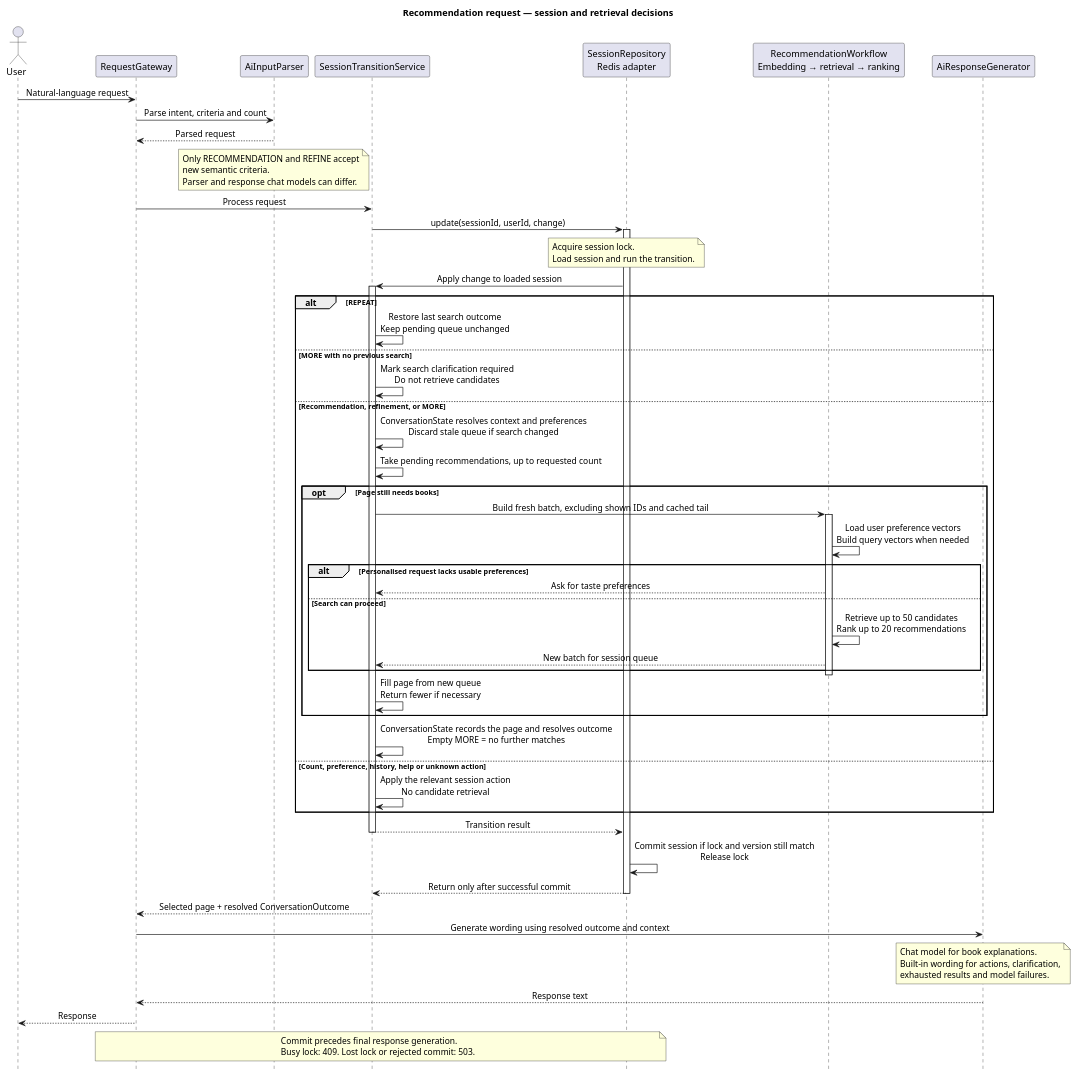
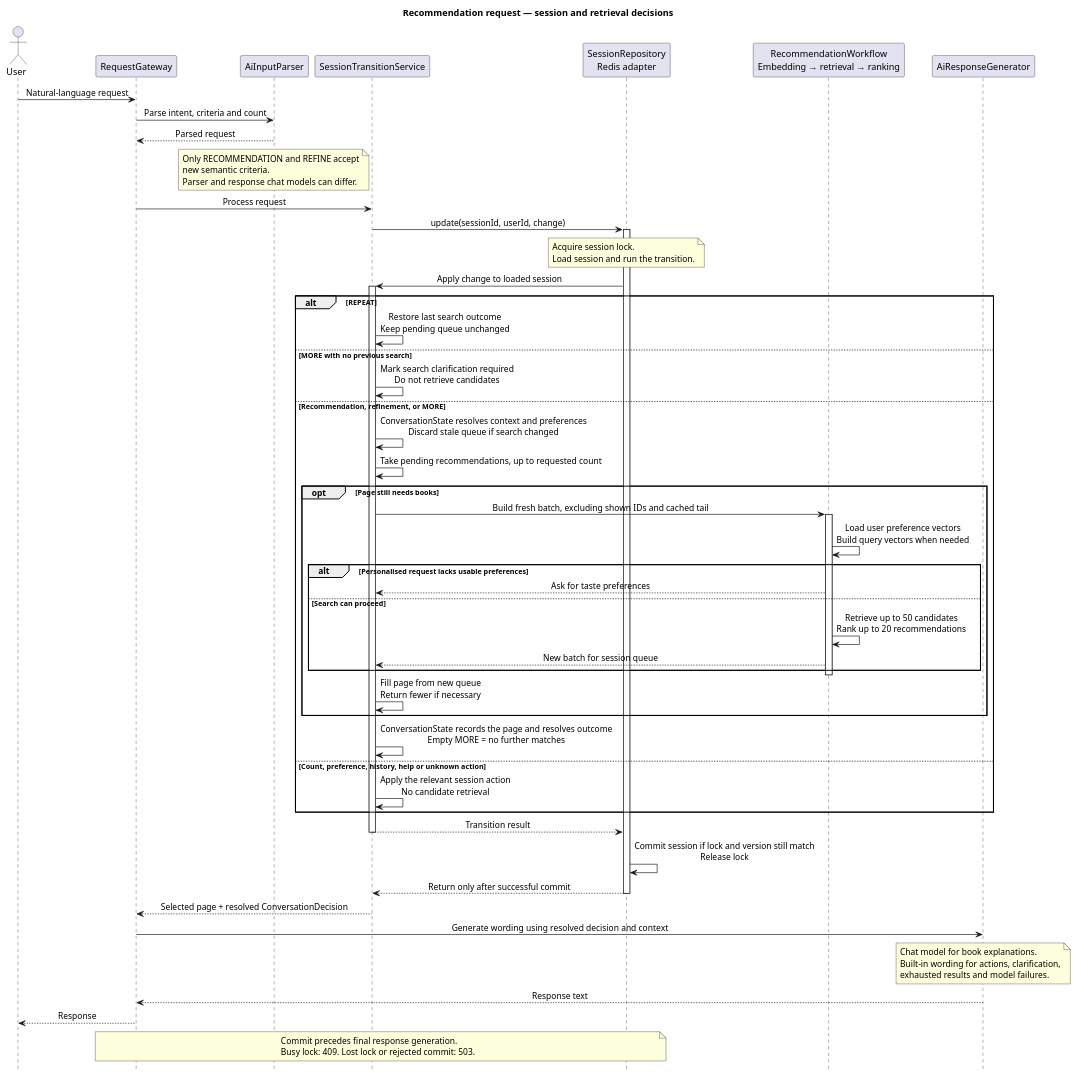
The diagram in docs/diagrams/recommendation-flow.puml (Juliu9/IT-Project), drawn with PlantUML before and after one commit. The commit also changed 11 other files, not shown here.

```diff
--- a/docs/diagrams/recommendation-flow.puml
+++ b/docs/diagrams/recommendation-flow.puml
@@ -1,78 +1,78 @@
 @startuml
 title Recommendation request — session and retrieval decisions
 skinparam backgroundColor #FFFFFF
 skinparam shadowing false
 skinparam defaultFontName SansSerif
 skinparam sequenceMessageAlign center
 hide footbox
 
 actor User
 participant RequestGateway as Gateway
 participant AiInputParser as Parser
 participant SessionTransitionService as Transition
 participant "SessionRepository\nRedis adapter" as Sessions
 participant "RecommendationWorkflow\nEmbedding → retrieval → ranking" as Workflow
 participant AiResponseGenerator as Response
 
 User -> Gateway : Natural-language request
 Gateway -> Parser : Parse intent, criteria and count
 Parser --> Gateway : Parsed request
 note over Parser
   Only RECOMMENDATION and REFINE accept
   new semantic criteria.
   Parser and response chat models can differ.
 end note
 Gateway -> Transition : Process request
 Transition -> Sessions : update(sessionId, userId, change)
 activate Sessions
 note over Sessions
   Acquire session lock.
   Load session and run the transition.
 end note
 Sessions -> Transition : Apply change to loaded session
 activate Transition
 
 alt REPEAT
   Transition -> Transition : Restore last search outcome\nKeep pending queue unchanged
 else MORE with no previous search
   Transition -> Transition : Mark search clarification required\nDo not retrieve candidates
 else Recommendation, refinement, or MORE
   Transition -> Transition : ConversationState resolves context and preferences\nDiscard stale queue if search changed
   Transition -> Transition : Take pending recommendations, up to requested count
   opt Page still needs books
     Transition -> Workflow : Build fresh batch, excluding shown IDs and cached tail
     activate Workflow
     Workflow -> Workflow : Load user preference vectors\nBuild query vectors when needed
     alt Personalised request lacks usable preferences
       Workflow --> Transition : Ask for taste preferences
     else Search can proceed
       Workflow -> Workflow : Retrieve up to 50 candidates\nRank up to 20 recommendations
       Workflow --> Transition : New batch for session queue
     end
     deactivate Workflow
     Transition -> Transition : Fill page from new queue\nReturn fewer if necessary
   end
   Transition -> Transition : ConversationState records the page and resolves outcome\nEmpty MORE = no further matches
 else Count, preference, history, help or unknown action
   Transition -> Transition : Apply the relevant session action\nNo candidate retrieval
 end
 
 Transition --> Sessions : Transition result
 deactivate Transition
 Sessions -> Sessions : Commit session if lock and version still match\nRelease lock
 Sessions --> Transition : Return only after successful commit
 deactivate Sessions
-Transition --> Gateway : Selected page + resolved ConversationOutcome
-Gateway -> Response : Generate wording using resolved outcome and context
+Transition --> Gateway : Selected page + resolved ConversationDecision
+Gateway -> Response : Generate wording using resolved decision and context
 note over Response
   Chat model for book explanations.
   Built-in wording for actions, clarification,
   exhausted results and model failures.
 end note
 Response --> Gateway : Response text
 Gateway --> User : Response
 note over Gateway, Sessions
   Commit precedes final response generation.
   Busy lock: 409. Lost lock or rejected commit: 503.
 end note
 @enduml
```
